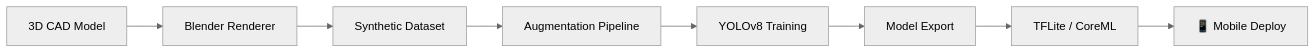
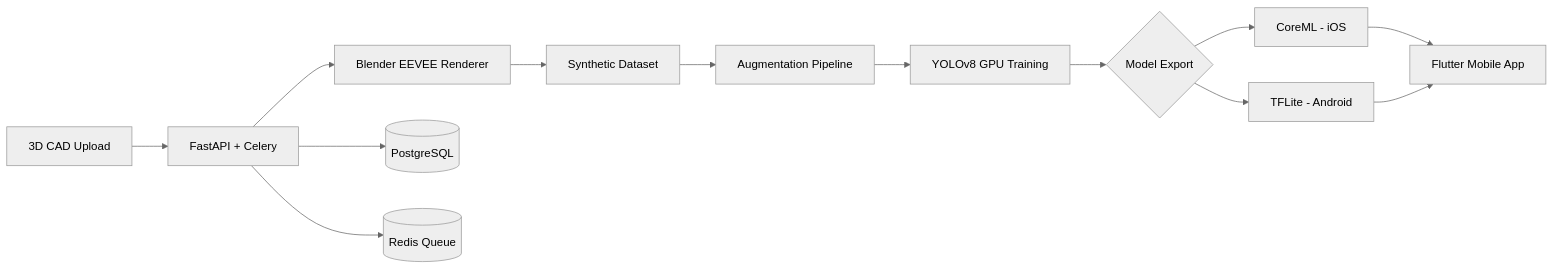
The fifth of 8 diagrams in README.md (dawarazhar11/dawarazhar11), drawn with Mermaid (neutral theme) before and after one commit. The commit also changed other lines of this file, not shown here.

Commit message:
Full revamp: resume details, API dev emphasis, all projects with architecture diagrams, education

````diff
--- a/README.md
+++ b/README.md
@@ -195,10 +232,14 @@
 ```mermaid
 graph LR
-    A[3D CAD Model] --> B[Blender Renderer]
-    B --> C[Synthetic Dataset]
-    C --> D[Augmentation Pipeline]
-    D --> E[YOLOv8 Training]
-    E --> F[Model Export]
-    F --> G[TFLite / CoreML]
-    G --> H[📱 Mobile Deploy]
+    A[3D CAD Upload] --> B[FastAPI + Celery]
+    B --> C[Blender EEVEE Renderer]
+    C --> D[Synthetic Dataset]
+    D --> E[Augmentation Pipeline]
+    E --> F[YOLOv8 GPU Training]
+    F --> G{Model Export}
+    G --> H[CoreML - iOS]
+    G --> I[TFLite - Android]
+    H & I --> J[Flutter Mobile App]
+    B --> K[(PostgreSQL)]
+    B --> L[(Redis Queue)]
 ```
````
